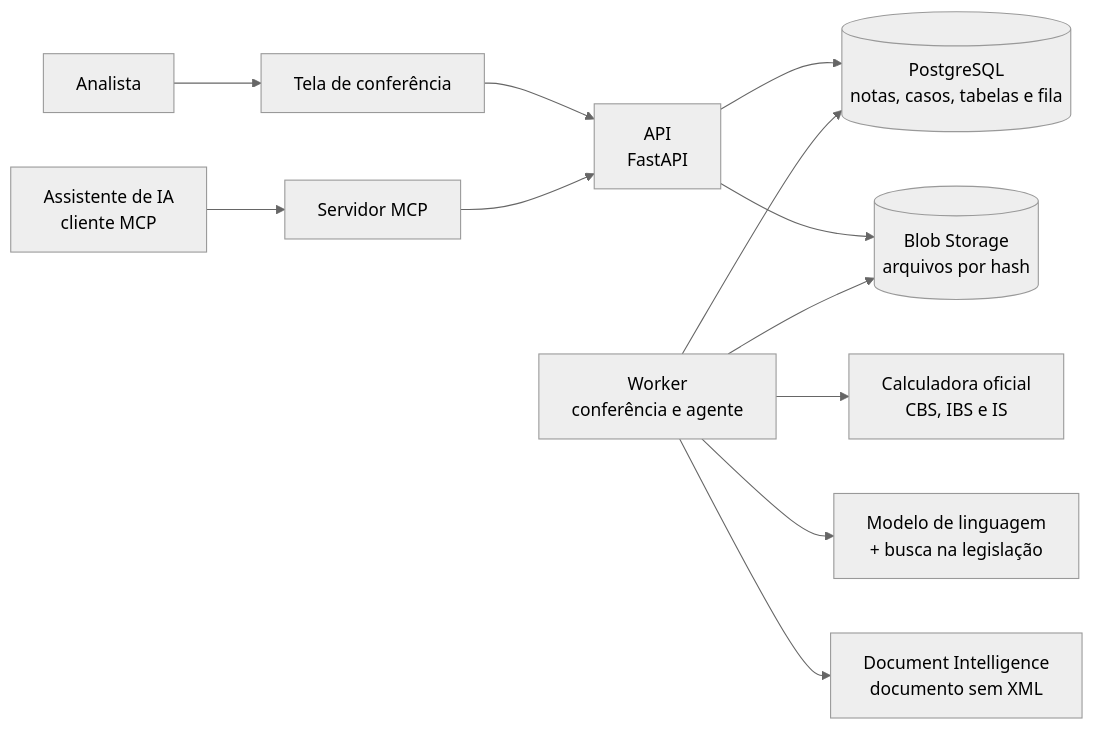
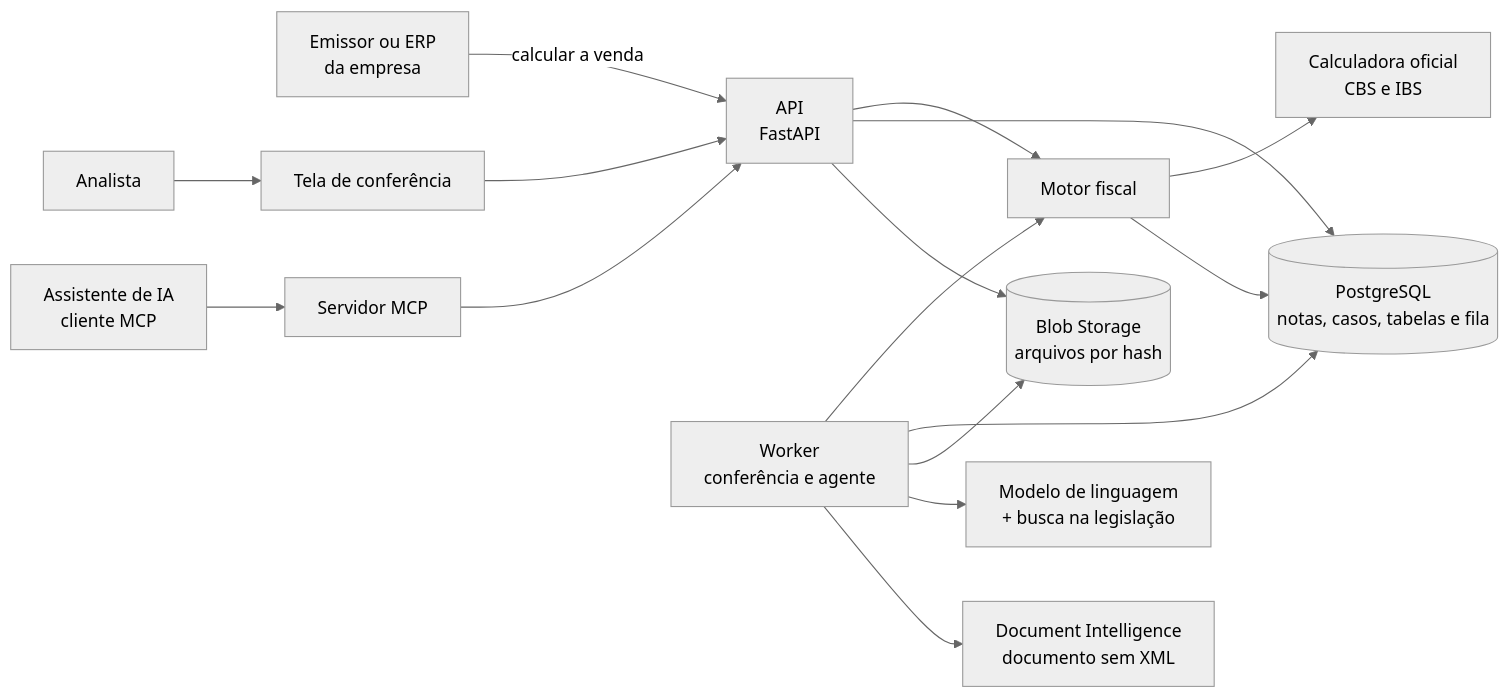
The second of 2 diagrams in README.md (GuilhermeAJJ/IVA-DUAL-CHECK), drawn with Mermaid (neutral theme) before and after one commit. The commit also changed other lines of this file and 2 other files, not shown here.

First line of the commit message:
docs: reescreve o README para o motor fiscal das 27 UFs

````diff
--- a/README.md
+++ b/README.md
@@ -94,12 +112,16 @@
 ```mermaid
 flowchart LR
-    AN["Analista"] --> FE["Tela de conferência"] --> API["API<br/>FastAPI"]
+    ERP["Emissor ou ERP<br/>da empresa"] -->|"calcular a venda"| API["API<br/>FastAPI"]
+    AN["Analista"] --> FE["Tela de conferência"] --> API
     CL["Assistente de IA<br/>cliente MCP"] --> MCP["Servidor MCP"] --> API
-    API --> PG[("PostgreSQL<br/>notas, casos, tabelas e fila")]
+    API --> MO["Motor fiscal"]
+    W["Worker<br/>conferência e agente"] --> MO
+    MO --> CALC["Calculadora oficial<br/>CBS e IBS"]
+    MO --> PG[("PostgreSQL<br/>notas, casos, tabelas e fila")]
+    API --> PG
     API --> BL[("Blob Storage<br/>arquivos por hash")]
-    W["Worker<br/>conferência e agente"] --> PG
+    W --> PG
     W --> BL
-    W --> CALC["Calculadora oficial<br/>CBS, IBS e IS"]
     W --> LLM["Modelo de linguagem<br/>+ busca na legislação"]
     W --> DI["Document Intelligence<br/>documento sem XML"]
 ```
````
